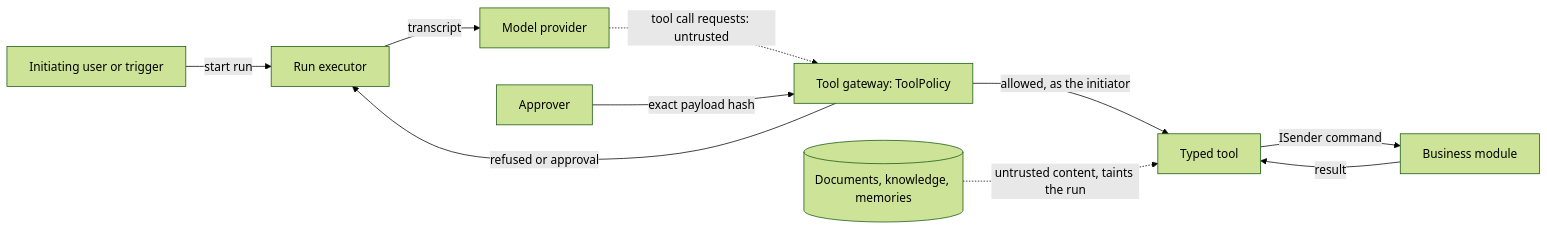
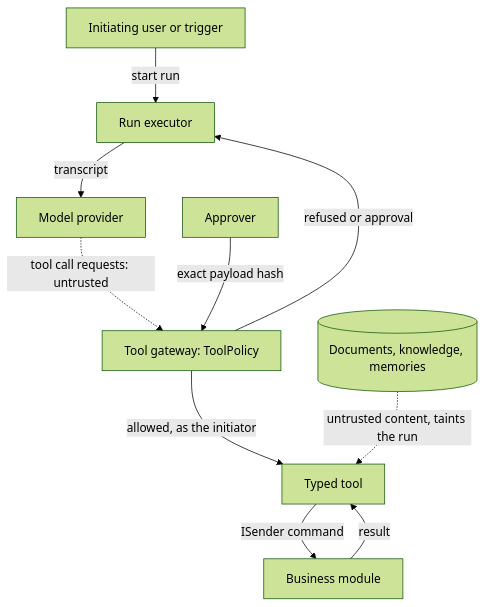
The diagram in wiki/Architecture/Agent-Security.md (mhasabalah/StarterKit), drawn with Mermaid (forest theme) before and after one commit. The commit also changed 152 other files, not shown here.

Commit message:
feat(docs): add Fumadocs V2 and standardize diagrams

````diff
--- a/wiki/Architecture/Agent-Security.md
+++ b/wiki/Architecture/Agent-Security.md
@@ -14,19 +14,19 @@
 ```mermaid
-flowchart LR
+flowchart TB
   accTitle: Agent trust boundaries
   accDescr: Model output and outside content are untrusted data; every tool call crosses the gateway, which decides in code before any module command runs.
   U[Initiating user or trigger] -->|start run| R[Run executor]
   R -->|transcript| M[Model provider]
   M -.->|tool call requests: untrusted| G[Tool gateway: ToolPolicy]
   G -->|refused or approval| R
   G -->|allowed, as the initiator| T[Typed tool]
   T -->|ISender command| B[Business module]
   B -->|result| T
   D[(Documents, knowledge, memories)] -.->|untrusted content, taints the run| T
   P[Approver] -->|exact payload hash| G
   class U,P external
   class M external
   class R,G,T application
   class B domain
   class D data
 ```
````
